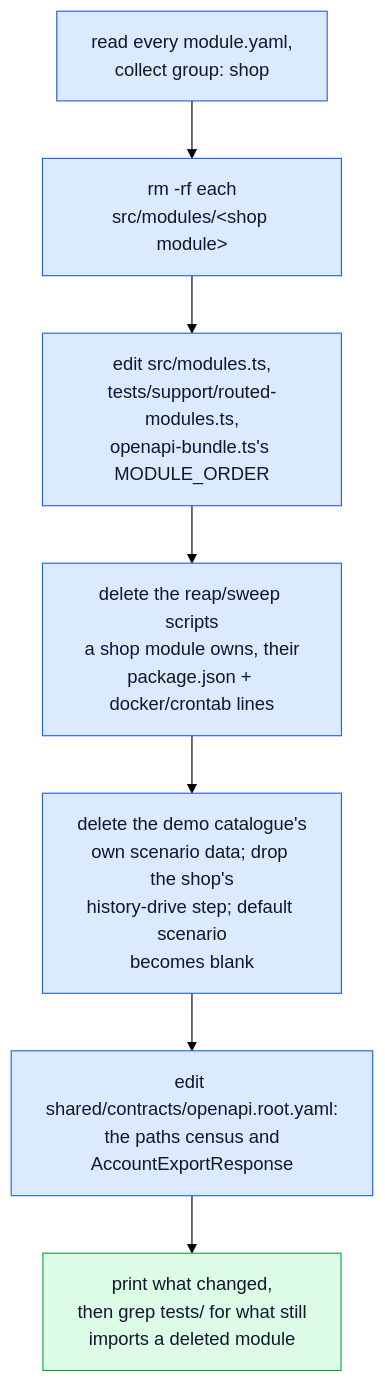
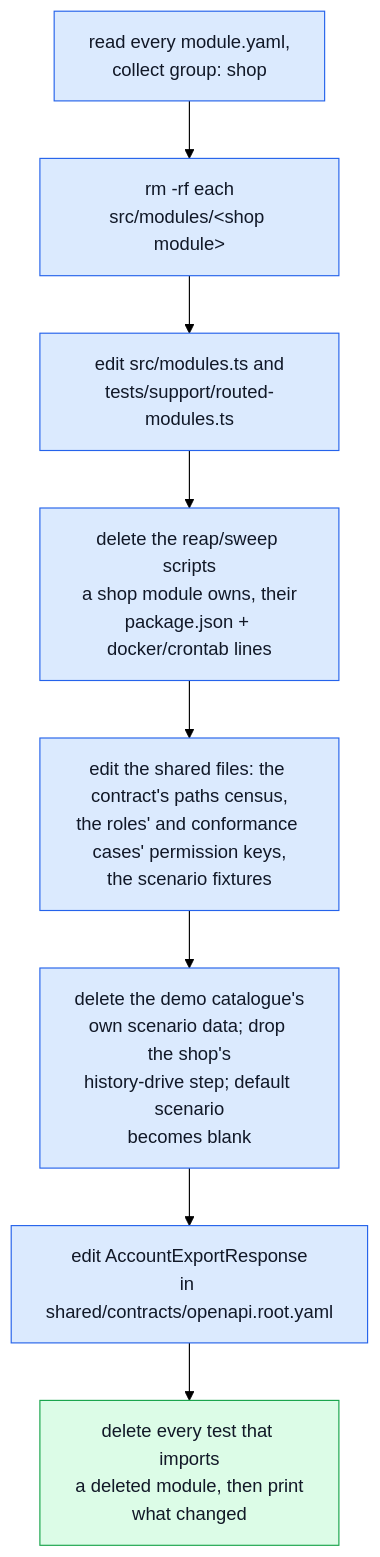
The diagram in docs/getting-started-new-project.md (Guebbit/boilerplate-node-backend), drawn with Mermaid (forest theme) before and after one commit. The commit also changed other lines of this file and 3 other files, not shown here.

Commit message:
docs(modules): the contract order lists are a preference, and demo:remove now handles the tests, the shared authorization files and the scenario fixtures

````diff
--- a/docs/getting-started-new-project.md
+++ b/docs/getting-started-new-project.md
@@ -38,14 +38,15 @@
 ```mermaid
 flowchart TD
     Names["read every module.yaml,\ncollect group: shop"] --> Folders["rm -rf each\nsrc/modules/&lt;shop module&gt;"]
-    Folders --> Registry["edit src/modules.ts,\ntests/support/routed-modules.ts,\nopenapi-bundle.ts's MODULE_ORDER"]
+    Folders --> Registry["edit src/modules.ts and\ntests/support/routed-modules.ts"]
     Registry --> Ops["delete the reap/sweep scripts\na shop module owns, their\npackage.json + docker/crontab lines"]
-    Ops --> Scenario["delete the demo catalogue's\nown scenario data; drop the shop's\nhistory-drive step; default scenario\nbecomes blank"]
-    Scenario --> Contract["edit shared/contracts/openapi.root.yaml:\nthe paths census and\nAccountExportResponse"]
-    Contract --> Report["print what changed,\nthen grep tests/ for what still\nimports a deleted module"]
+    Ops --> Shared["edit the shared files: the contract's paths census,\nthe roles' and conformance cases' permission keys,\nthe scenario fixtures"]
+    Shared --> Scenario["delete the demo catalogue's\nown scenario data; drop the shop's\nhistory-drive step; default scenario\nbecomes blank"]
+    Scenario --> Contract["edit AccountExportResponse\nin shared/contracts/openapi.root.yaml"]
+    Contract --> Report["delete every test that imports\na deleted module, then print\nwhat changed"]
 
     classDef step fill:#dbeafe,stroke:#2563eb,color:#111827;
     classDef done fill:#dcfce7,stroke:#16a34a,color:#111827;
-    class Names,Folders,Registry,Ops,Scenario,Contract step;
+    class Names,Folders,Registry,Ops,Shared,Scenario,Contract step;
     class Report done;
 ```
````
